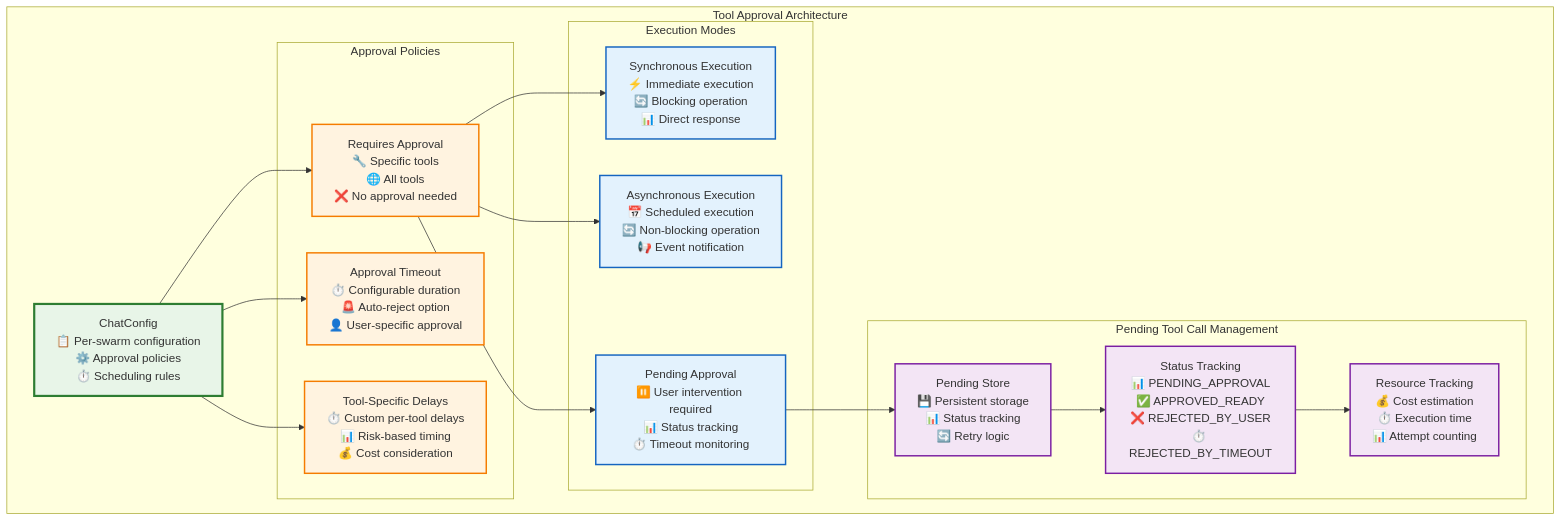
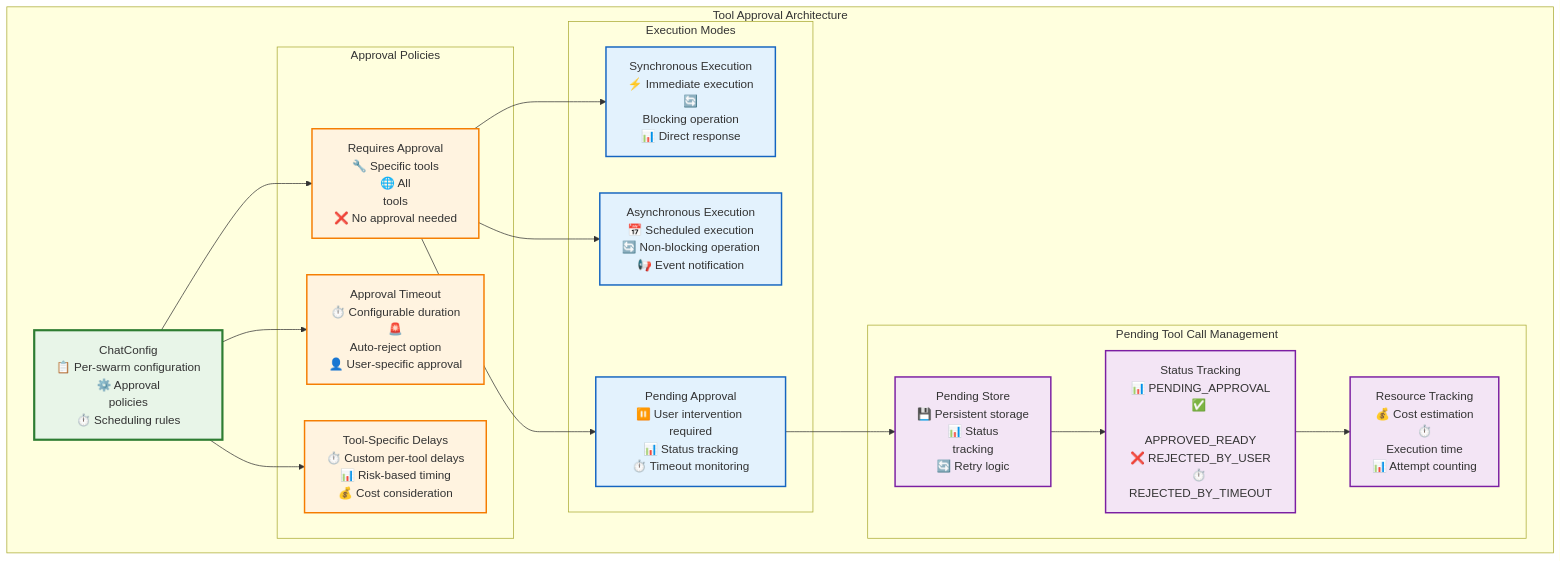
Before and after one commit to Vrooli/Vrooli: diagram 25 of 50 in docs/ai-execution-architecture.md, drawn with Mermaid. The commit also changed other lines of this file, not shown here.

Commit message:
Execution architecture p8

````diff
--- a/docs/ai-execution-architecture.md
+++ b/docs/ai-execution-architecture.md
@@ -1530,52 +1532,62 @@
 ```mermaid
 graph TB
     subgraph "Tool Approval Architecture"
-        ChatConfig[ChatConfig<br/>📋 Per-swarm configuration<br/>⚙️ Approval policies<br/>⏱️ Scheduling rules]
+        ChatConfig[ChatConfig<br/>📋 Per-swarm configuration<br/>⚙️ Approval 
+        policies<br/>⏱️ Scheduling rules]
         
         subgraph "Approval Policies"
-            RequiresApproval[Requires Approval<br/>🔧 Specific tools<br/>🌐 All tools<br/>❌ No approval needed]
+            RequiresApproval[Requires Approval<br/>🔧 Specific tools<br/>🌐 All 
+            tools<br/>❌ No approval needed]
             
-            ApprovalTimeout[Approval Timeout<br/>⏱️ Configurable duration<br/>🚨 Auto-reject option<br/>👤 User-specific approval]
+            ApprovalTimeout[Approval Timeout<br/>⏱️ Configurable duration<br/>🚨 
+            Auto-reject option<br/>👤 User-specific approval]
             
-            ToolSpecificDelays[Tool-Specific Delays<br/>⏱️ Custom per-tool delays<br/>📊 Risk-based timing<br/>💰 Cost consideration]
+            ToolSpecificDelays[Tool-Specific Delays<br/>⏱️ Custom per-tool delays<br/
+            >📊 Risk-based timing<br/>💰 Cost consideration]
         end
         
         subgraph "Execution Modes"
-            SynchronousExec[Synchronous Execution<br/>⚡ Immediate execution<br/>🔄 Blocking operation<br/>📊 Direct response]
+            SynchronousExec[Synchronous Execution<br/>⚡ Immediate execution<br/>🔄 
+            Blocking operation<br/>📊 Direct response]
             
-            AsynchronousExec[Asynchronous Execution<br/>📅 Scheduled execution<br/>🔄 Non-blocking operation<br/>📢 Event notification]
+            AsynchronousExec[Asynchronous Execution<br/>📅 Scheduled execution<br/
+            >🔄 Non-blocking operation<br/>📢 Event notification]
             
-            PendingApproval[Pending Approval<br/>⏸️ User intervention required<br/>📊 Status tracking<br/>⏱️ Timeout monitoring]
+            PendingApproval[Pending Approval<br/>⏸️ User intervention required<br/
+            >📊 Status tracking<br/>⏱️ Timeout monitoring]
         end
         
         subgraph "Pending Tool Call Management"
-            PendingStore[Pending Store<br/>💾 Persistent storage<br/>📊 Status tracking<br/>🔄 Retry logic]
+            PendingStore[Pending Store<br/>💾 Persistent storage<br/>📊 Status 
+            tracking<br/>🔄 Retry logic]
             
-            StatusTracking[Status Tracking<br/>📊 PENDING_APPROVAL<br/>✅ APPROVED_READY<br/>❌ REJECTED_BY_USER<br/>⏱️ REJECTED_BY_TIMEOUT]
+            StatusTracking[Status Tracking<br/>📊 PENDING_APPROVAL<br/>✅ 
+            APPROVED_READY<br/>❌ REJECTED_BY_USER<br/>⏱️ REJECTED_BY_TIMEOUT]
             
-            ResourceTracking[Resource Tracking<br/>💰 Cost estimation<br/>⏱️ Execution time<br/>📊 Attempt counting]
+            ResourceTracking[Resource Tracking<br/>💰 Cost estimation<br/>⏱️ 
+            Execution time<br/>📊 Attempt counting]
         end
     end
     
     ChatConfig --> RequiresApproval
     ChatConfig --> ApprovalTimeout
     ChatConfig --> ToolSpecificDelays
     
     RequiresApproval --> SynchronousExec
     RequiresApproval --> AsynchronousExec
     RequiresApproval --> PendingApproval
     
     PendingApproval --> PendingStore
     PendingStore --> StatusTracking
     StatusTracking --> ResourceTracking
     
     classDef config fill:#e8f5e8,stroke:#2e7d32,stroke-width:3px
     classDef policy fill:#fff3e0,stroke:#f57c00,stroke-width:2px
     classDef execution fill:#e3f2fd,stroke:#1565c0,stroke-width:2px
     classDef management fill:#f3e5f5,stroke:#7b1fa2,stroke-width:2px
     
     class ChatConfig config
     class RequiresApproval,ApprovalTimeout,ToolSpecificDelays policy
     class SynchronousExec,AsynchronousExec,PendingApproval execution
     class PendingStore,StatusTracking,ResourceTracking management
 ```
````
